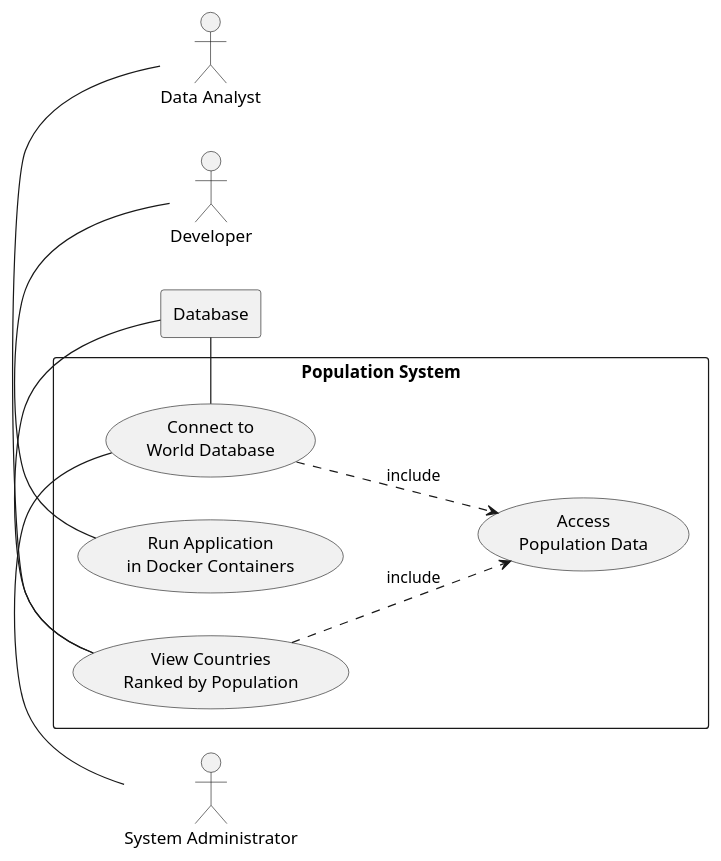
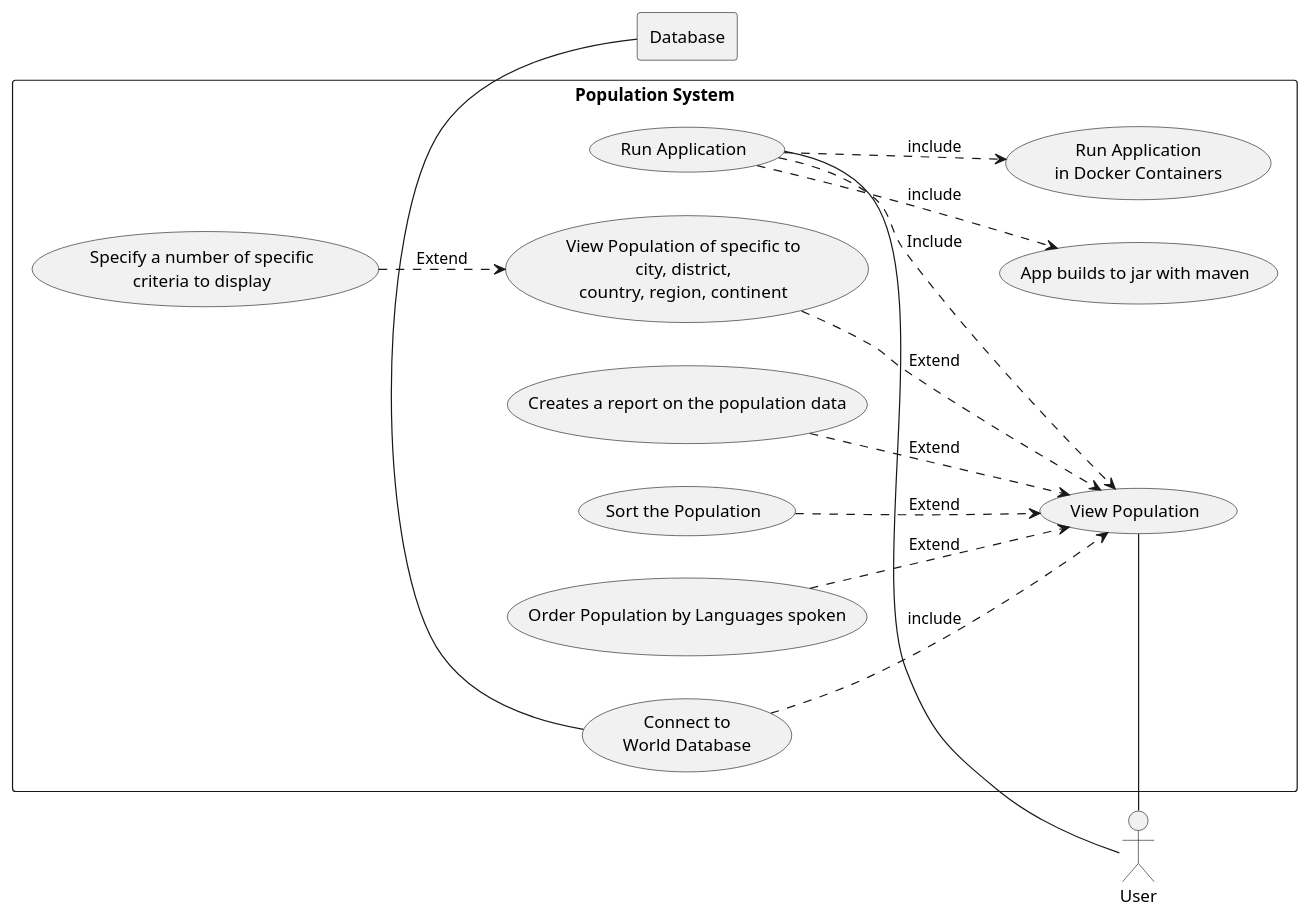
The diagram in use-cases/System.puml (jalexisg/SE-Methods_Group-3), drawn with PlantUML before and after one commit.

Commit message:
Expanded the existing use case diagram

```diff
--- a/use-cases/System.puml
+++ b/use-cases/System.puml
@@ -1,40 +1,71 @@
 @startuml
 
 left to right direction
 
-actor SysAdmin as "System Administrator"
-actor Dev as "Developer"
-actor Analyst as "Data Analyst"
+'Actor for the user'
+
+actor User as "User"
+
+'Rectangle for the database'
 
 rectangle Database
 
+'Rectangle for the System'
+
 rectangle "Population System" {
 
-    ' === System Administrator ===
+   'Application Use Cases'
+
+    'Use case for running the App'
+    usecase UC_Begin as "Run Application"
+
+    usecase UC_Maven as "App builds to jar with maven"
+
+    usecase UC_Docker as "Run Application
+    in Docker Containers"
+
+    'View Population Use Cases'
+
+    'Use Case for Viewing the Population data'
+    usecase UC_View as "View Population"
+
+    'Use case for specifying how to sort the data displayed'
+    usecase UC_Criteria as "View Population of specific to
+     city, district,
+     country, region, continent"
+
+     usecase UC_Number as "Specify a number of specific
+      criteria to display"
+
+     usecase UC_Report as "Creates a report on the population data"
+
+     usecase UC_Sort as "Sort the Population"
+
+     usecase UC_Language as "Order Population by Languages spoken"
+
+    'Use Case for Connecting to the Database'
     usecase UC_Connect as "Connect to
     World Database"
 
-    usecase UC_Access as "Access
-    Population Data"
 
-    ' === Developer ===
-    usecase UC_Docker as "Run Application
-    in Docker Containers"
 
-    ' === Data Analyst ===
-    usecase UC_Rank as "View Countries
-    Ranked by Population"
+
+
+
 
     ' === Relationships ===
-    SysAdmin - UC_Connect
-    UC_Connect ..> UC_Access : include
+    UC_Begin - User
+    UC_View - User
+    UC_Begin ..> UC_View : Include
+    UC_Begin ..> UC_Docker : include
+    UC_Connect ..> UC_View : include
+    UC_Begin ..> UC_Maven : include
     UC_Connect - Database
+    UC_Criteria ..> UC_View : Extend
+    UC_Sort ..> UC_View : Extend
+    UC_Report ..> UC_View : Extend
+    UC_Number ..> UC_Criteria : Extend
+    UC_Language ..> UC_View : Extend
 
-    Dev - UC_Docker
-
-    Analyst - UC_Rank
-    UC_Rank ..> UC_Access : include
-    UC_Rank - Database
-}
 
 @enduml
```
